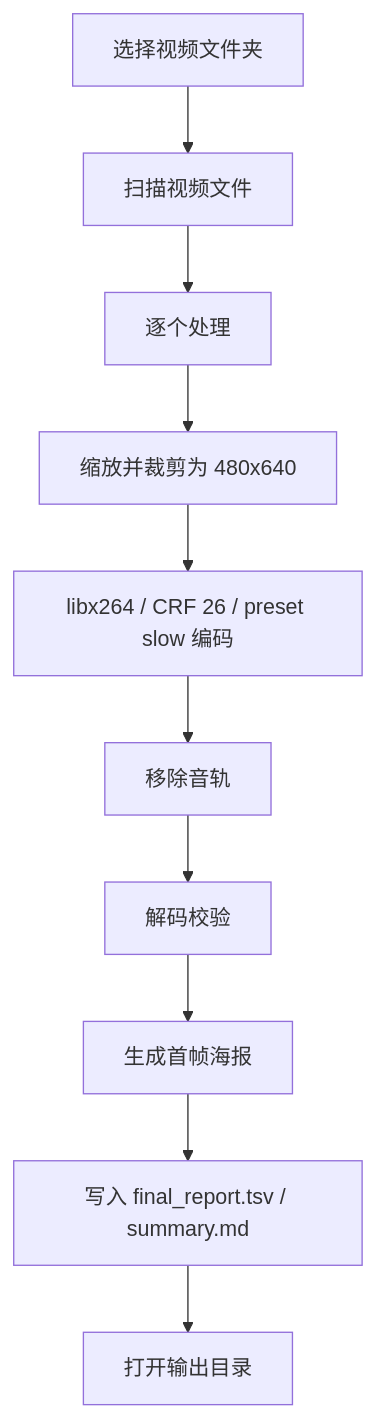
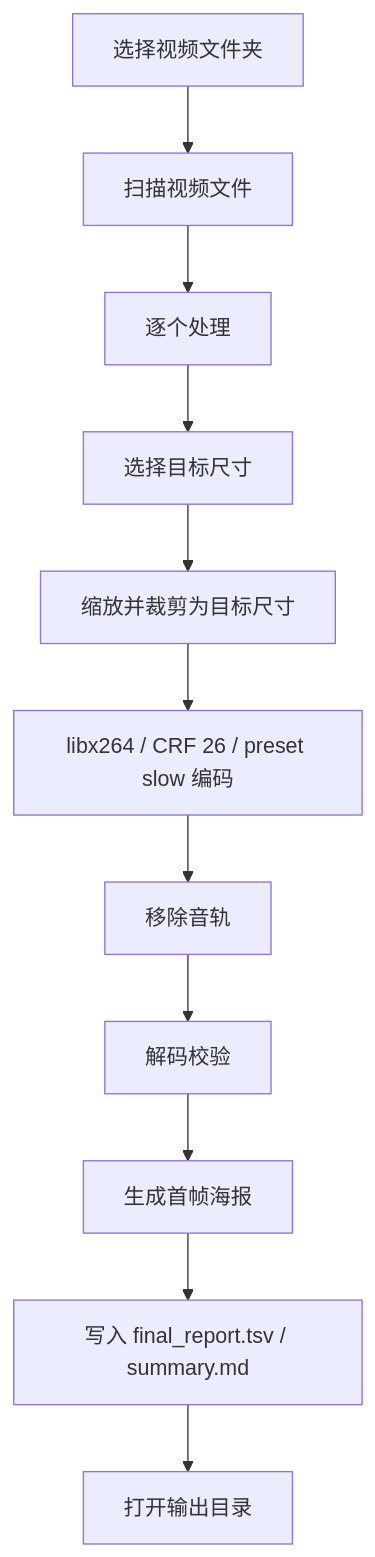
Before and after one commit to devSC/onboarding-video-compressor: the first of 2 diagrams in docs/video-compress-480x640-no-audio.md, drawn with Mermaid. The commit also changed other lines of this file and 3 other files, not shown here.

````diff
--- a/docs/video-compress-480x640-no-audio.md
+++ b/docs/video-compress-480x640-no-audio.md
@@ -159,12 +161,13 @@
 ```mermaid
 flowchart TD
   A["选择视频文件夹"] --> B["扫描视频文件"]
   B --> C["逐个处理"]
-  C --> D["缩放并裁剪为 480x640"]
-  D --> E["libx264 / CRF 26 / preset slow 编码"]
-  E --> F["移除音轨"]
-  F --> G["解码校验"]
-  G --> H["生成首帧海报"]
-  H --> I["写入 final_report.tsv / summary.md"]
-  I --> J["打开输出目录"]
+  C --> D["选择目标尺寸"]
+  D --> E["缩放并裁剪为目标尺寸"]
+  E --> F["libx264 / CRF 26 / preset slow 编码"]
+  F --> G["移除音轨"]
+  G --> H["解码校验"]
+  H --> I["生成首帧海报"]
+  I --> J["写入 final_report.tsv / summary.md"]
+  J --> K["打开输出目录"]
 ```
````
